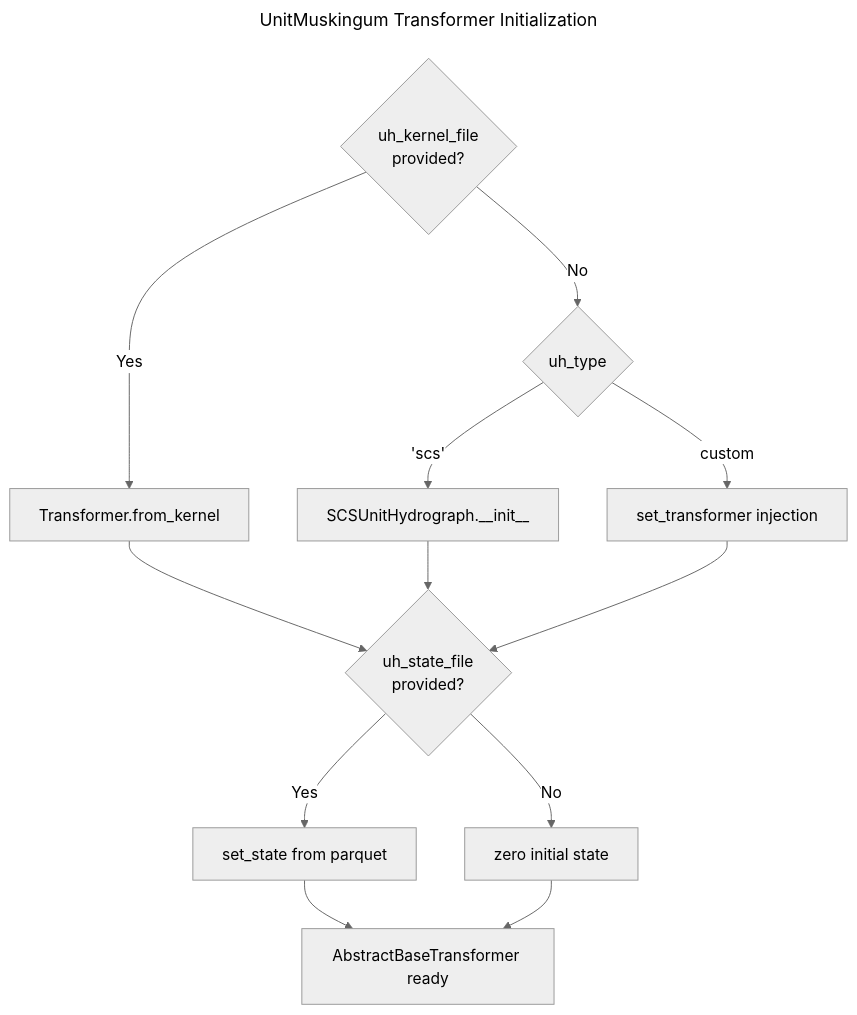
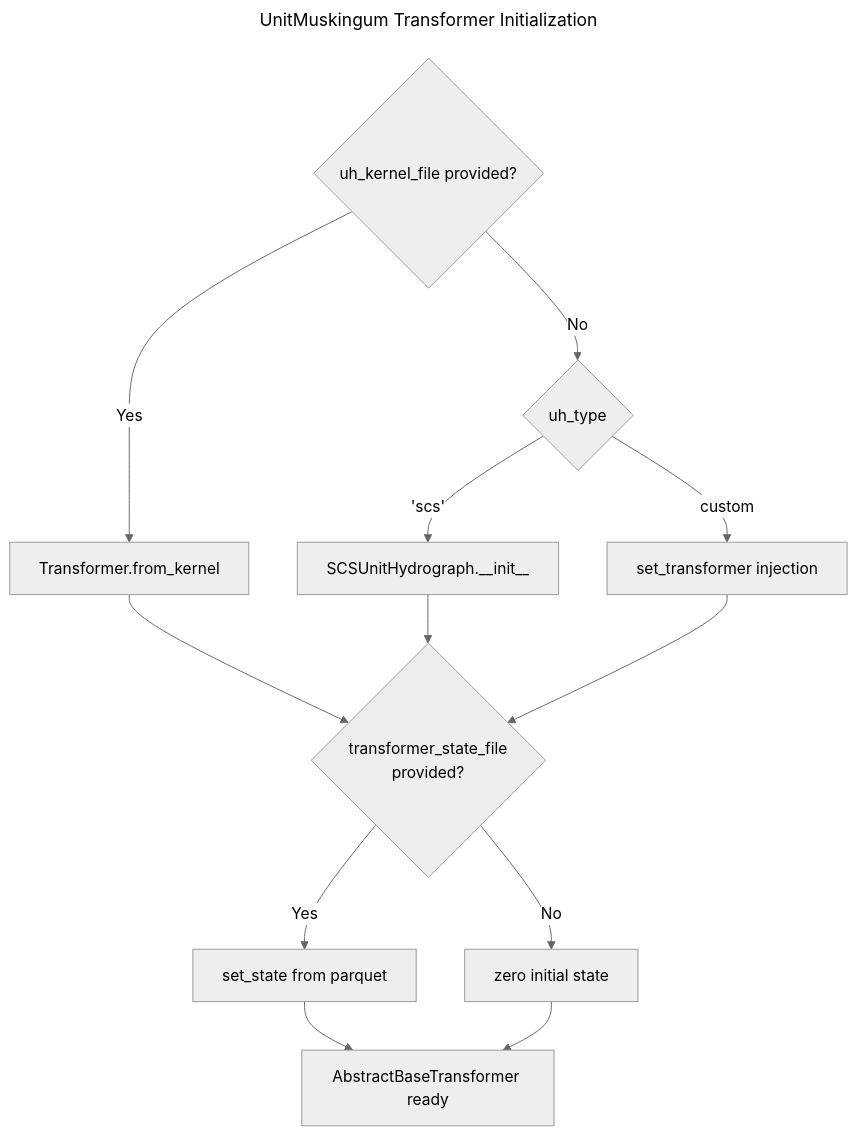
Before and after one commit to rileyhales/river-route: the second of 3 diagrams in docs/index.md, drawn with Mermaid (neutral theme). The commit also changed other lines of this file and 15 other files, not shown here.

````diff
--- a/docs/index.md
+++ b/docs/index.md
@@ -91,16 +91,16 @@
 ```mermaid
 ---
 title: UnitMuskingum Transformer Initialization
 ---
 graph TD
-    A{uh_kernel_file\nprovided?} -->|Yes| B[Transformer.from_kernel]
+    A{uh_kernel_file provided?} -->|Yes| B[Transformer.from_kernel]
     A -->|No| C{uh_type}
     C -->|'scs'| D[SCSUnitHydrograph.__init__]
     C -->|custom| E[set_transformer injection]
-    B --> F{uh_state_file\nprovided?}
+    B --> F{transformer_state_file\nprovided?}
     D --> F
     E --> F
     F -->|Yes| G[set_state from parquet]
     F -->|No| H[zero initial state]
     G & H --> I[AbstractBaseTransformer ready]
 ```
````
